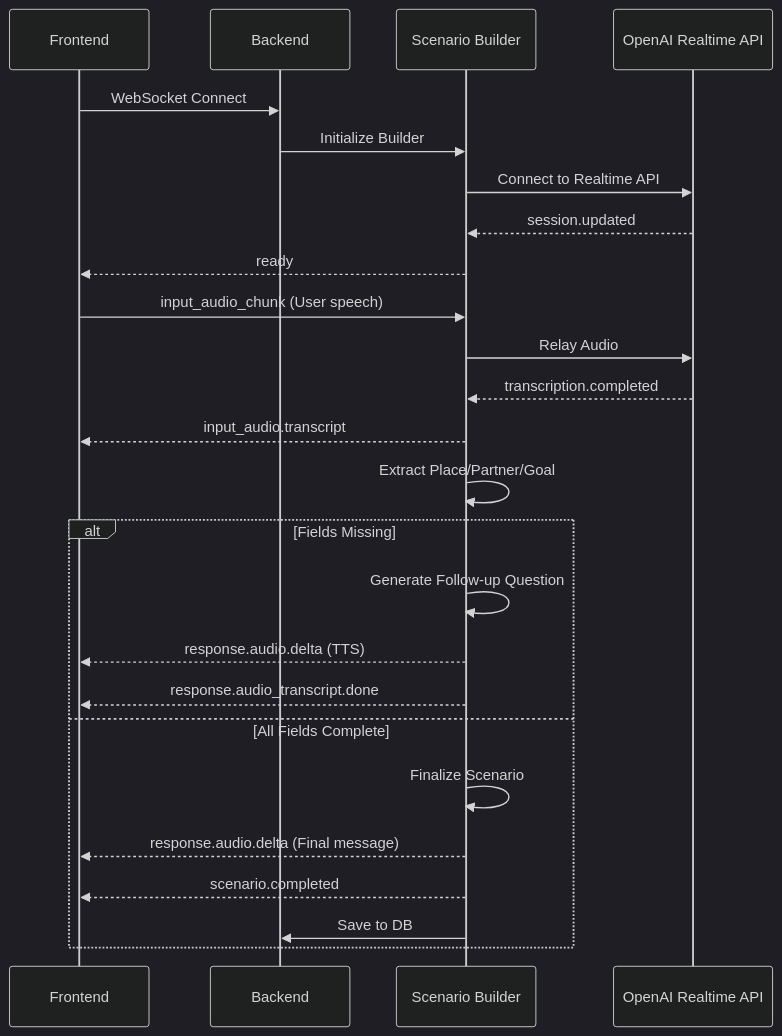
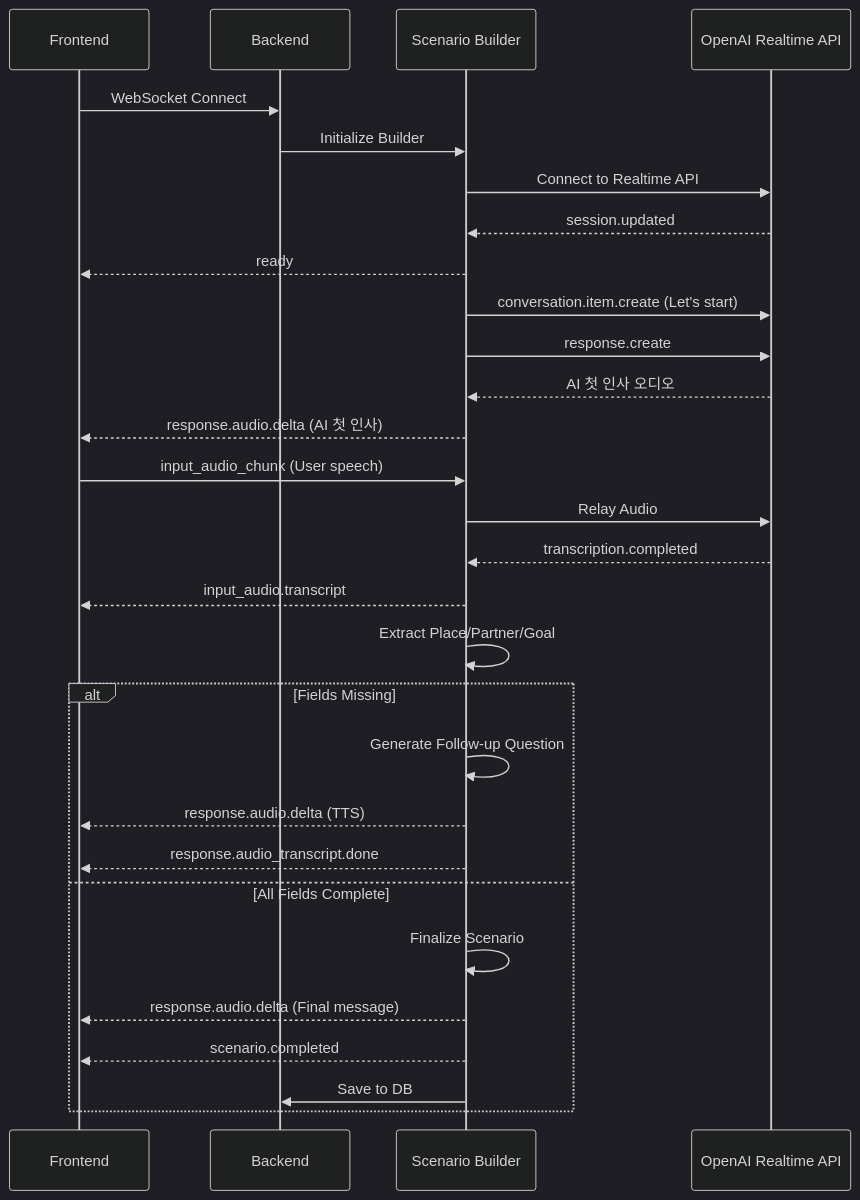
One commit to ParkKunsu/MaLangEE changed the first of 2 diagrams in frontend/docs/WEBSOCKET_GUIDE.md. Above: the diagram before and after it, drawn with Mermaid (dark theme). The commit also changed other lines of this file, not shown here.

````diff
--- a/frontend/docs/WEBSOCKET_GUIDE.md
+++ b/frontend/docs/WEBSOCKET_GUIDE.md
@@ -81,30 +92,34 @@
 ```mermaid
 sequenceDiagram
     participant F as Frontend
     participant B as Backend
     participant Scenario as Scenario Builder
     participant OpenAI as OpenAI Realtime API
 
     F->>B: WebSocket Connect
     B->>Scenario: Initialize Builder
     Scenario->>OpenAI: Connect to Realtime API
     OpenAI-->>Scenario: session.updated
     Scenario-->>F: ready
+    Scenario->>OpenAI: conversation.item.create (Let's start)
+    Scenario->>OpenAI: response.create
+    OpenAI-->>Scenario: AI 첫 인사 오디오
+    Scenario-->>F: response.audio.delta (AI 첫 인사)
 
     F->>Scenario: input_audio_chunk (User speech)
     Scenario->>OpenAI: Relay Audio
     OpenAI-->>Scenario: transcription.completed
     Scenario-->>F: input_audio.transcript
     Scenario->>Scenario: Extract Place/Partner/Goal
 
     alt Fields Missing
         Scenario->>Scenario: Generate Follow-up Question
         Scenario-->>F: response.audio.delta (TTS)
         Scenario-->>F: response.audio_transcript.done
     else All Fields Complete
         Scenario->>Scenario: Finalize Scenario
         Scenario-->>F: response.audio.delta (Final message)
         Scenario-->>F: scenario.completed
         Scenario->>B: Save to DB
     end
 ```
````
